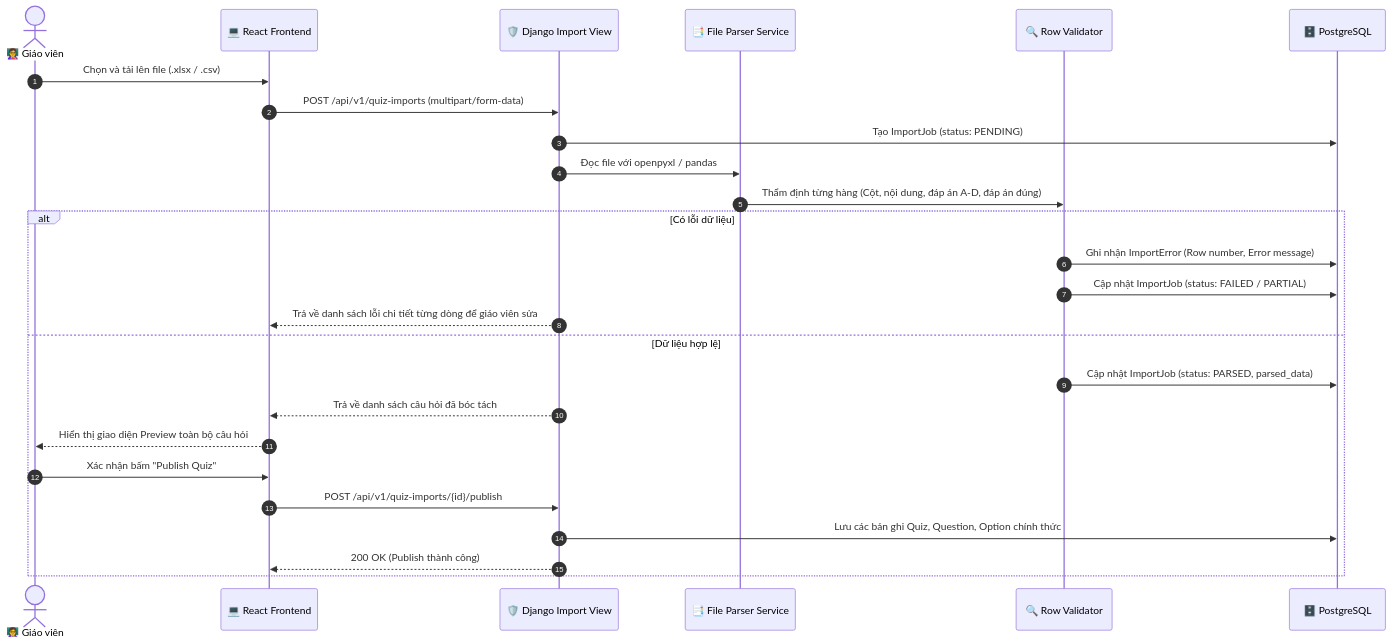
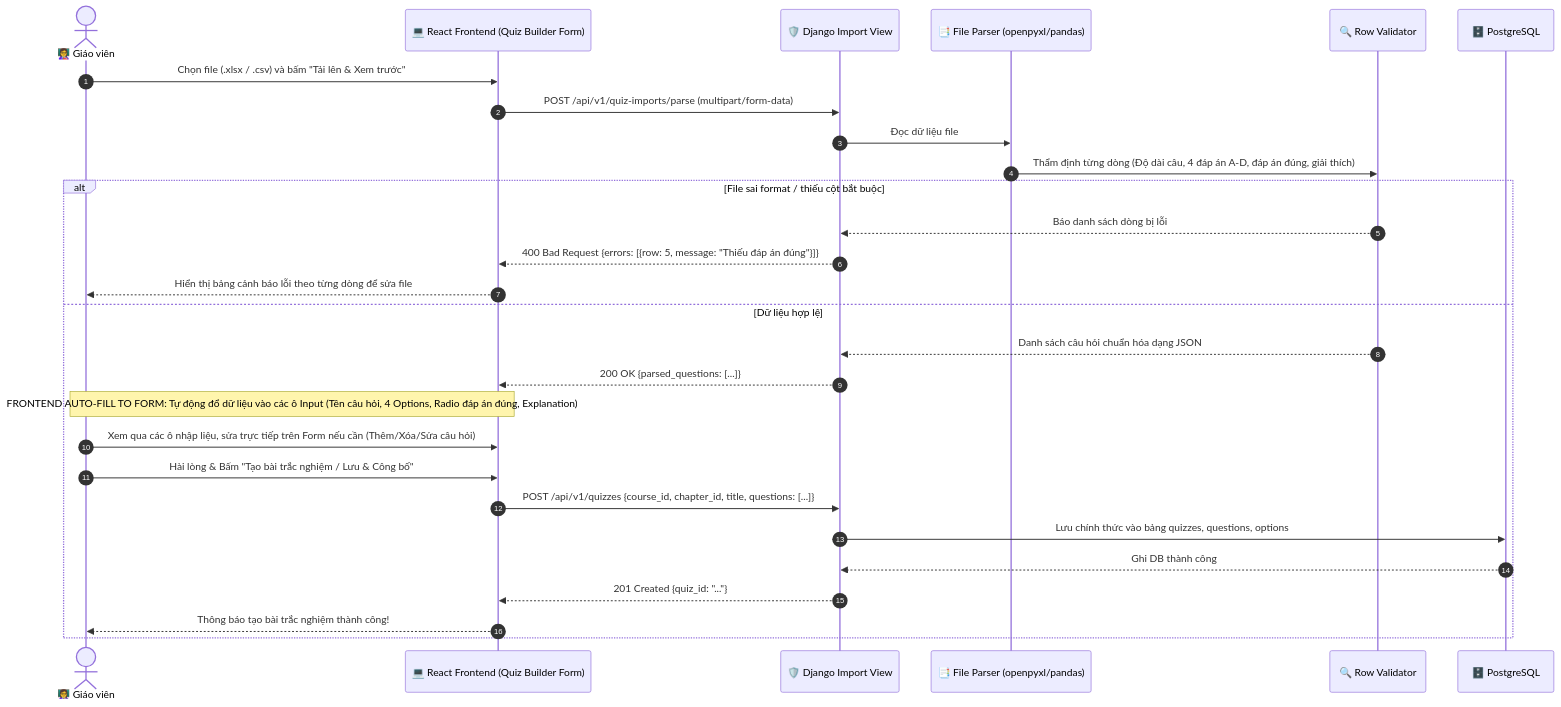
Before and after one commit to thaipro113/DATN_E-Learning_AI_2251220232_LEVANTHAI_22CT5: the seventh of 8 diagrams in docs/design/system_design.md, drawn with Mermaid. The commit also changed other lines of this file and 6 other files, not shown here.

Commit message:
feat(accounts): implement user registration API with validation and auto JWT tokens

````diff
--- a/docs/design/system_design.md
+++ b/docs/design/system_design.md
@@ -207,29 +235,31 @@
 ```mermaid
 sequenceDiagram
     autonumber
     actor Teacher as 👩‍🏫 Giáo viên
-    participant UI as 💻 React Frontend
+    participant UI as 💻 React Frontend (Quiz Builder Form)
     participant API as 🛡️ Django Import View
-    participant Parser as 📑 File Parser Service
+    participant Parser as 📑 File Parser (openpyxl/pandas)
     participant Validator as 🔍 Row Validator
     participant DB as 🗄️ PostgreSQL
 
-    Teacher->>UI: Chọn và tải lên file (.xlsx / .csv)
-    UI->>API: POST /api/v1/quiz-imports (multipart/form-data)
-    API->>DB: Tạo ImportJob (status: PENDING)
-    API->>Parser: Đọc file với openpyxl / pandas
-    Parser->>Validator: Thẩm định từng hàng (Cột, nội dung, đáp án A-D, đáp án đúng)
-    alt Có lỗi dữ liệu
-        Validator->>DB: Ghi nhận ImportError (Row number, Error message)
-        Validator->>DB: Cập nhật ImportJob (status: FAILED / PARTIAL)
-        API-->>UI: Trả về danh sách lỗi chi tiết từng dòng để giáo viên sửa
+    Teacher->>UI: Chọn file (.xlsx / .csv) và bấm "Tải lên & Xem trước"
+    UI->>API: POST /api/v1/quiz-imports/parse (multipart/form-data)
+    API->>Parser: Đọc dữ liệu file
+    Parser->>Validator: Thẩm định từng dòng (Độ dài câu, 4 đáp án A-D, đáp án đúng, giải thích)
+    alt File sai format / thiếu cột bắt buộc
+        Validator-->>API: Báo danh sách dòng bị lỗi
+        API-->>UI: 400 Bad Request {errors: [{row: 5, message: "Thiếu đáp án đúng"}]}
+        UI-->>Teacher: Hiển thị bảng cảnh báo lỗi theo từng dòng để sửa file
     else Dữ liệu hợp lệ
-        Validator->>DB: Cập nhật ImportJob (status: PARSED, parsed_data)
-        API-->>UI: Trả về danh sách câu hỏi đã bóc tách
-        UI-->>Teacher: Hiển thị giao diện Preview toàn bộ câu hỏi
-        Teacher->>UI: Xác nhận bấm "Publish Quiz"
-        UI->>API: POST /api/v1/quiz-imports/{id}/publish
-        API->>DB: Lưu các bản ghi Quiz, Question, Option chính thức
-        API-->>UI: 200 OK (Publish thành công)
+        Validator-->>API: Danh sách câu hỏi chuẩn hóa dạng JSON
+        API-->>UI: 200 OK {parsed_questions: [...]}
+        Note over UI,Teacher: FRONTEND AUTO-FILL TO FORM: Tự động đổ dữ liệu vào các ô Input (Tên câu hỏi, 4 Options, Radio đáp án đúng, Explanation)
+        Teacher->>UI: Xem qua các ô nhập liệu, sửa trực tiếp trên Form nếu cần (Thêm/Xóa/Sửa câu hỏi)
+        Teacher->>UI: Hài lòng & Bấm "Tạo bài trắc nghiệm / Lưu & Công bố"
+        UI->>API: POST /api/v1/quizzes {course_id, chapter_id, title, questions: [...]}
+        API->>DB: Lưu chính thức vào bảng quizzes, questions, options
+        DB-->>API: Ghi DB thành công
+        API-->>UI: 201 Created {quiz_id: "..."}
+        UI-->>Teacher: Thông báo tạo bài trắc nghiệm thành công!
     end
 ```
````
